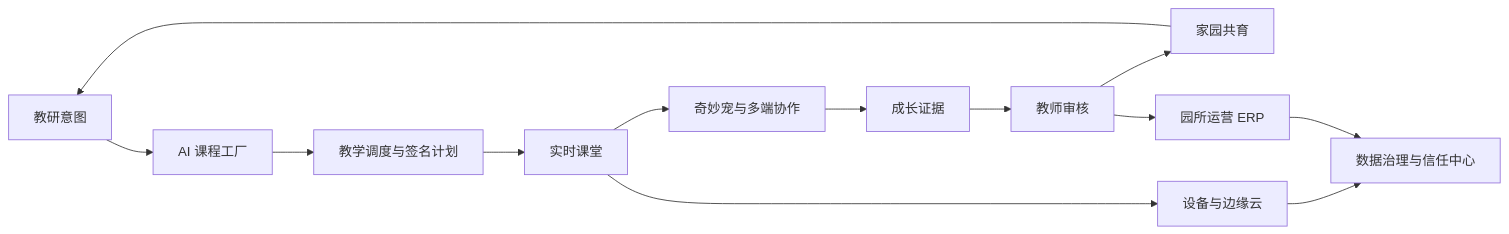
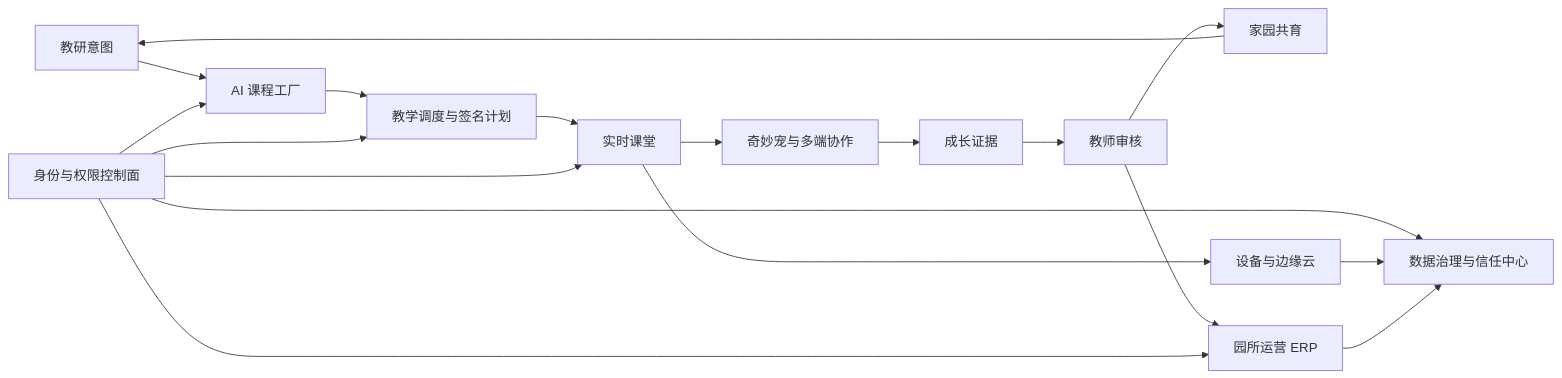
The first of 2 diagrams in docs/xmp/XMP_PRODUCT_DOSSIER.md (LinuxZhou93/ai-playground), drawn with Mermaid before and after one commit. The commit also changed other lines of this file and 26 other files, not shown here.

````diff
--- a/docs/xmp/XMP_PRODUCT_DOSSIER.md
+++ b/docs/xmp/XMP_PRODUCT_DOSSIER.md
@@ -26,15 +26,20 @@
 ```mermaid
 flowchart LR
   A["教研意图"] --> B["AI 课程工厂"]
   B --> S["教学调度与签名计划"]
   S --> C["实时课堂"]
   C --> D["奇妙宠与多端协作"]
   D --> E["成长证据"]
   E --> F["教师审核"]
   F --> G["家园共育"]
   G --> A
   C --> H["设备与边缘云"]
   F --> I["园所运营 ERP"]
+  K["身份与权限控制面"] --> B
+  K --> S
+  K --> C
+  K --> I
+  K --> J
   H --> J["数据治理与信任中心"]
   I --> J
 ```
````
